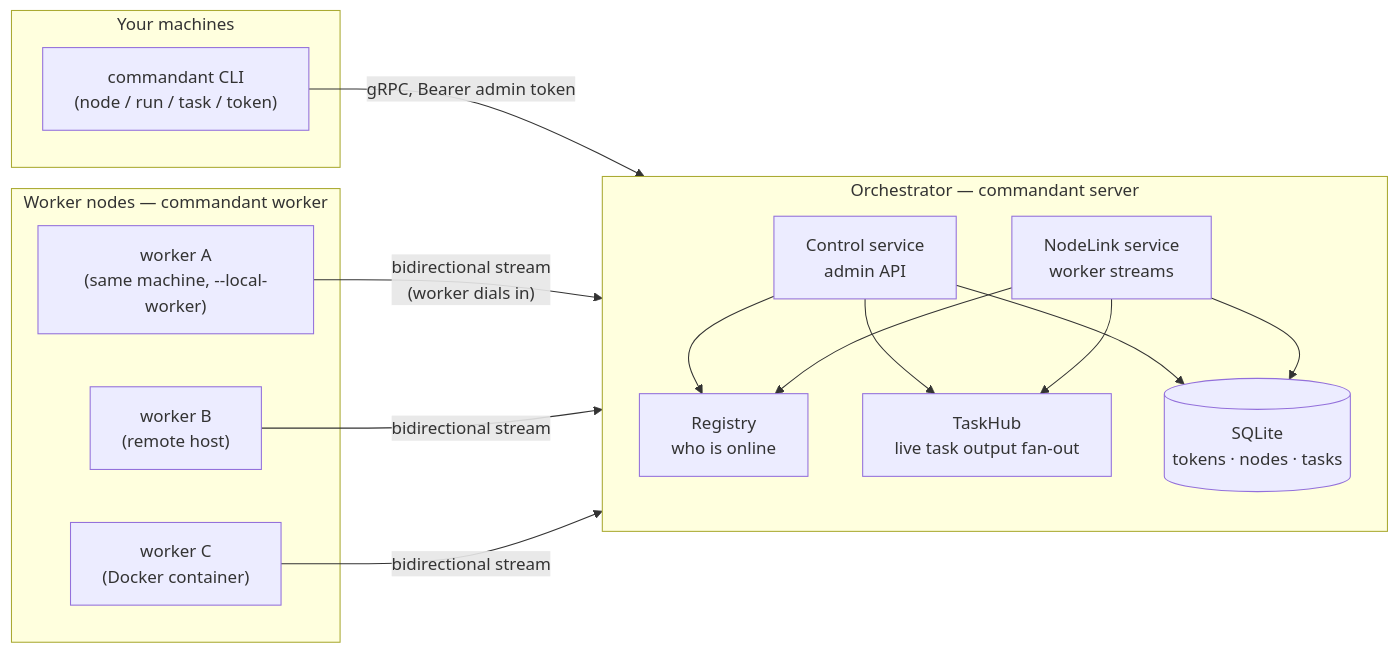
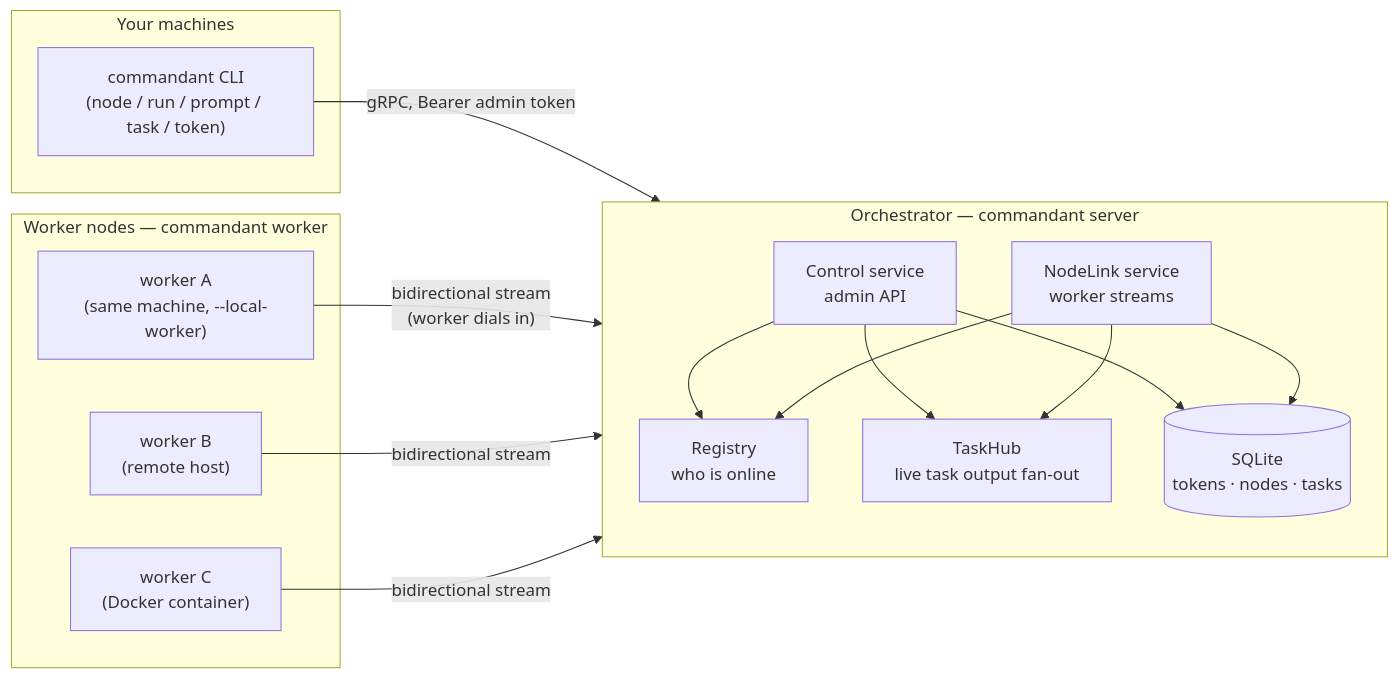
One commit to EwenSellitto/Commandant changed the first of 8 diagrams in docs/architecture.md. Above: the diagram before and after it, drawn with Mermaid. The commit also changed other lines of this file and 31 other files, not shown here.

Commit message:
feat: Host OpenCode on workers; add 'commandant prompt' and 'commandant tui'

````diff
--- a/docs/architecture.md
+++ b/docs/architecture.md
@@ -7,32 +7,32 @@
 ```mermaid
 flowchart LR
     subgraph clients["Your machines"]
-        CLI["commandant CLI<br/>(node / run / task / token)"]
+        CLI["commandant CLI<br/>(node / run / prompt / task / token)"]
     end
 
     subgraph orch["Orchestrator — commandant server"]
         direction TB
         CTRL["Control service<br/>admin API"]
         LINK["NodeLink service<br/>worker streams"]
         REG["Registry<br/>who is online"]
         HUB["TaskHub<br/>live task output fan-out"]
         DB[("SQLite<br/>tokens · nodes · tasks")]
         CTRL --> REG
         CTRL --> HUB
         CTRL --> DB
         LINK --> REG
         LINK --> HUB
         LINK --> DB
     end
 
     subgraph workers["Worker nodes — commandant worker"]
         W1["worker A<br/>(same machine, --local-worker)"]
         W2["worker B<br/>(remote host)"]
         W3["worker C<br/>(Docker container)"]
     end
 
     CLI -- "gRPC, Bearer admin token" --> CTRL
     W1 -- "bidirectional stream<br/>(worker dials in)" --> LINK
     W2 -- "bidirectional stream" --> LINK
     W3 -- "bidirectional stream" --> LINK
 ```
````
